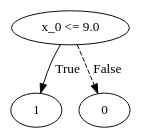
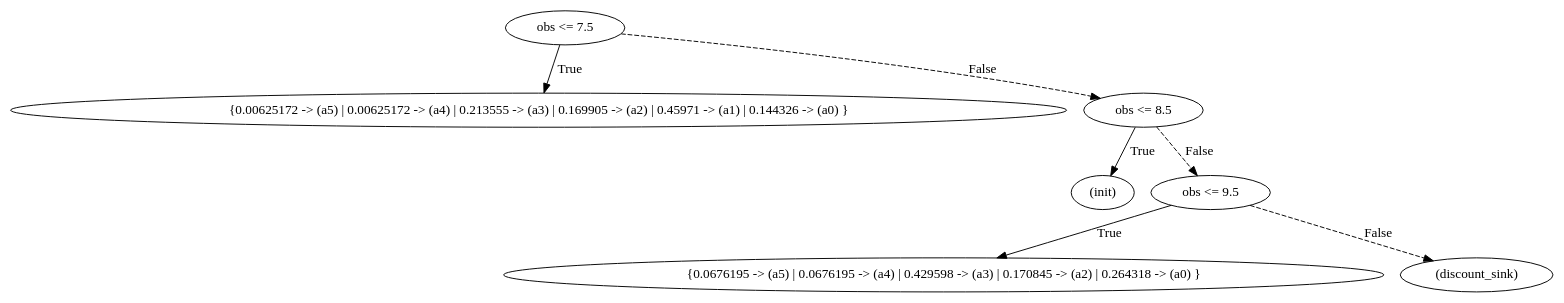
Before and after one commit to muqsit-azeem/pomdp-explainable-strategies: the diagram in quantitative/explainable-fsc/milos-aaai97-cutoffstrategy/schedulers/6/default.dot, drawn with Graphviz. The commit also changed 1006 other files, not shown here.

```diff
--- a/quantitative/explainable-fsc/milos-aaai97-cutoffstrategy/schedulers/6/default.dot
+++ b/quantitative/explainable-fsc/milos-aaai97-cutoffstrategy/schedulers/6/default.dot
@@ -1,8 +1,16 @@
 digraph {
-0 [label="x_0 <= 9.0"];
-1 [label="1"];
+0 [label="obs <= 7.5"];
+1 [label="{0.00625172 -> (a5) | 0.00625172 -> (a4) | 0.213555 -> (a3) | 0.169905 -> (a2) | 0.45971 -> (a1) | 0.144326 -> (a0) }"];
 0 -> 1 [label="True"];
-2 [label="0"];
+2 [label="obs <= 8.5"];
+3 [label="(init)"];
+2 -> 3 [label="True"];
+4 [label="obs <= 9.5"];
+5 [label="{0.0676195 -> (a5) | 0.0676195 -> (a4) | 0.429598 -> (a3) | 0.170845 -> (a2) | 0.264318 -> (a0) }"];
+4 -> 5 [label="True"];
+6 [label="(discount_sink)"];
+4 -> 6 [style="dashed", label="False"];
+2 -> 4 [style="dashed", label="False"];
 0 -> 2 [style="dashed", label="False"];
 
 }
```
